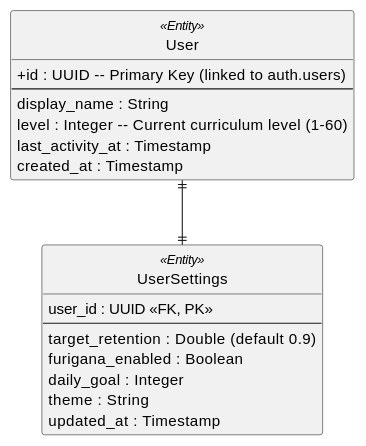
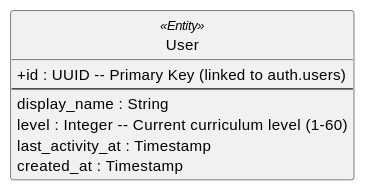
One commit to anhtranguyen-github/Hanachan changed the diagram in docs/er/user-er.md. Above: the diagram before and after it, drawn with PlantUML. The commit also changed other lines of this file and 37 other files, not shown here.

Commit message:
docs: synchronize architecture and business flow documentation with final implementation

````diff
--- a/docs/er/user-er.md
+++ b/docs/er/user-er.md
@@ -3,32 +3,23 @@
 ```plantuml
 @startuml
 skinparam packageStyle rectangle
 skinparam classAttributeIconSize 0
 hide circle
 
 ' ==========================================
 ' CENTRAL USER ENTITY
 ' ==========================================
 class User <<Entity>> {
   + id : UUID -- Primary Key (linked to auth.users)
   --
   display_name : String
   level : Integer -- Current curriculum level (1-60)
   last_activity_at : Timestamp
   created_at : Timestamp
 }
 
-class UserSettings <<Entity>> {
-  user_id : UUID <<FK, PK>>
-  --
-  target_retention : Double (default 0.9)
-  furigana_enabled : Boolean
-  daily_goal : Integer
-  theme : String
-  updated_at : Timestamp
-}
-
-User ||--|| UserSettings
+' Note: UserSettings table has been removed.
+' Settings are now handled via defaults and level-based logic.
 
 @enduml
 ```
````
